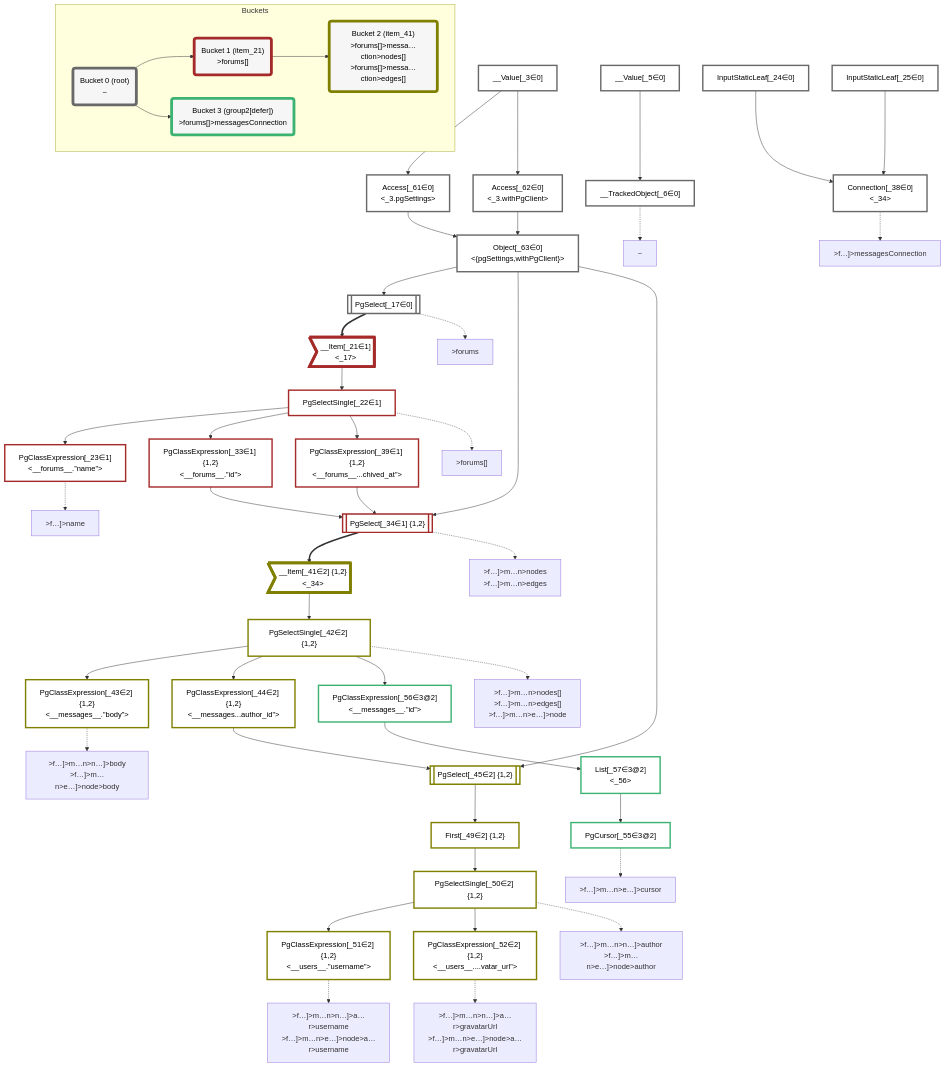
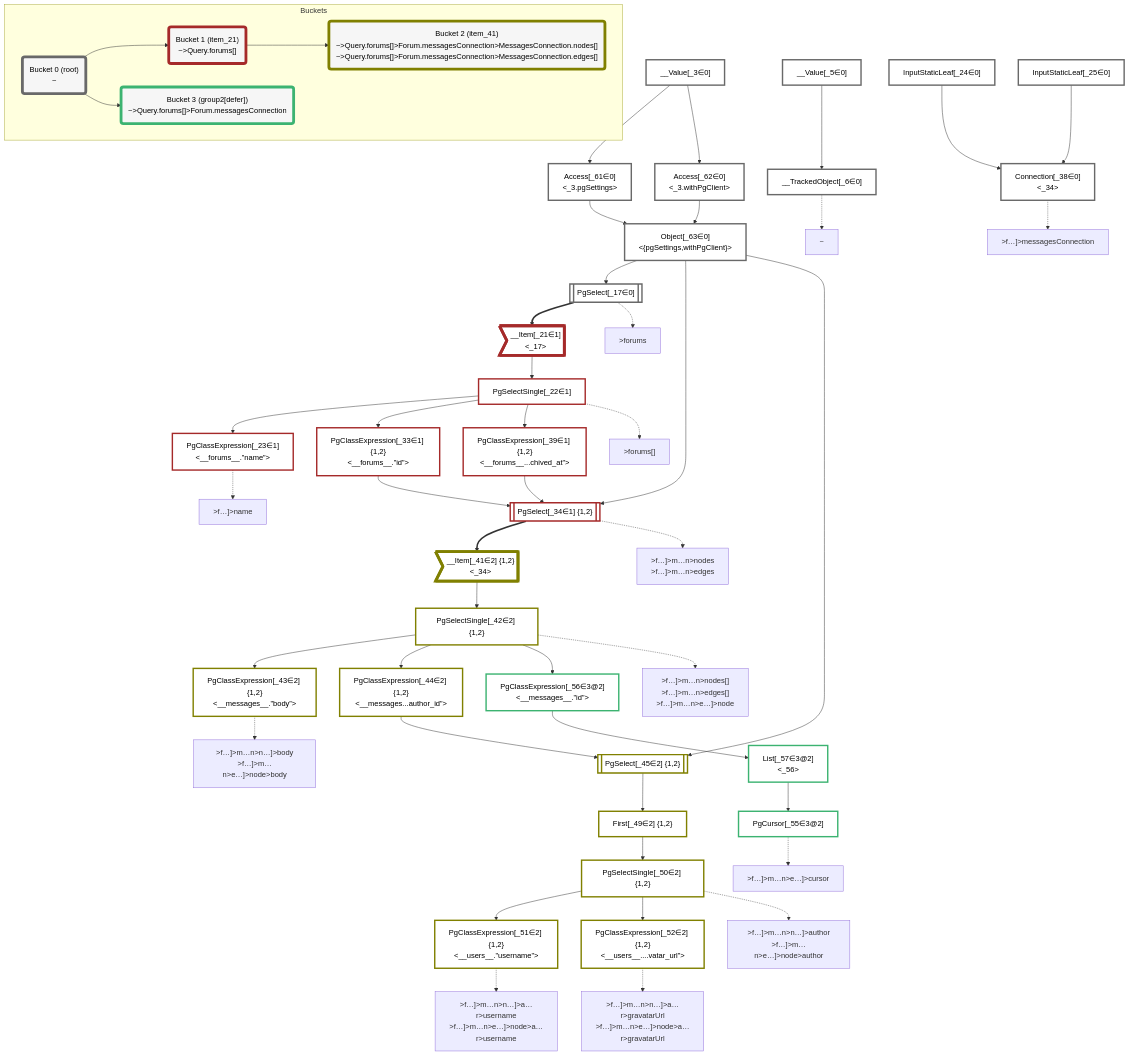
Before and after one commit to graphile/crystal: the diagram in packages/dataplan-pg/__tests__/queries/conditions/archived-forum-inherited-messages.defer-3.deopt.mermaid.md, drawn with Mermaid. The commit also changed 141 other files, not shown here.

```diff
--- a/packages/dataplan-pg/__tests__/queries/conditions/archived-forum-inherited-messages.defer-3.deopt.mermaid.md
+++ b/packages/dataplan-pg/__tests__/queries/conditions/archived-forum-inherited-messages.defer-3.deopt.mermaid.md
@@ -107,13 +107,13 @@
     subgraph Buckets
     Bucket0("Bucket 0 (root)<br />~"):::bucket
     style Bucket0 stroke:#696969
-    Bucket1("Bucket 1 (item_21)<br />>forums[]"):::bucket
+    Bucket1("Bucket 1 (item_21)<br />~>Query.forums[]"):::bucket
     style Bucket1 stroke:#a52a2a
     Bucket0 --> Bucket1
-    Bucket2("Bucket 2 (item_41)<br />>forums[]>messa…ction>nodes[]<br />>forums[]>messa…ction>edges[]"):::bucket
+    Bucket2("Bucket 2 (item_41)<br />~>Query.forums[]>Forum.messagesConnection>MessagesConnection.nodes[]<br />~>Query.forums[]>Forum.messagesConnection>MessagesConnection.edges[]"):::bucket
     style Bucket2 stroke:#808000
     Bucket1 --> Bucket2
-    Bucket3("Bucket 3 (group2[defer])<br />>forums[]>messagesConnection"):::bucket
+    Bucket3("Bucket 3 (group2[defer])<br />~>Query.forums[]>Forum.messagesConnection"):::bucket
     style Bucket3 stroke:#3cb371
     Bucket0 --> Bucket3
     end
```
